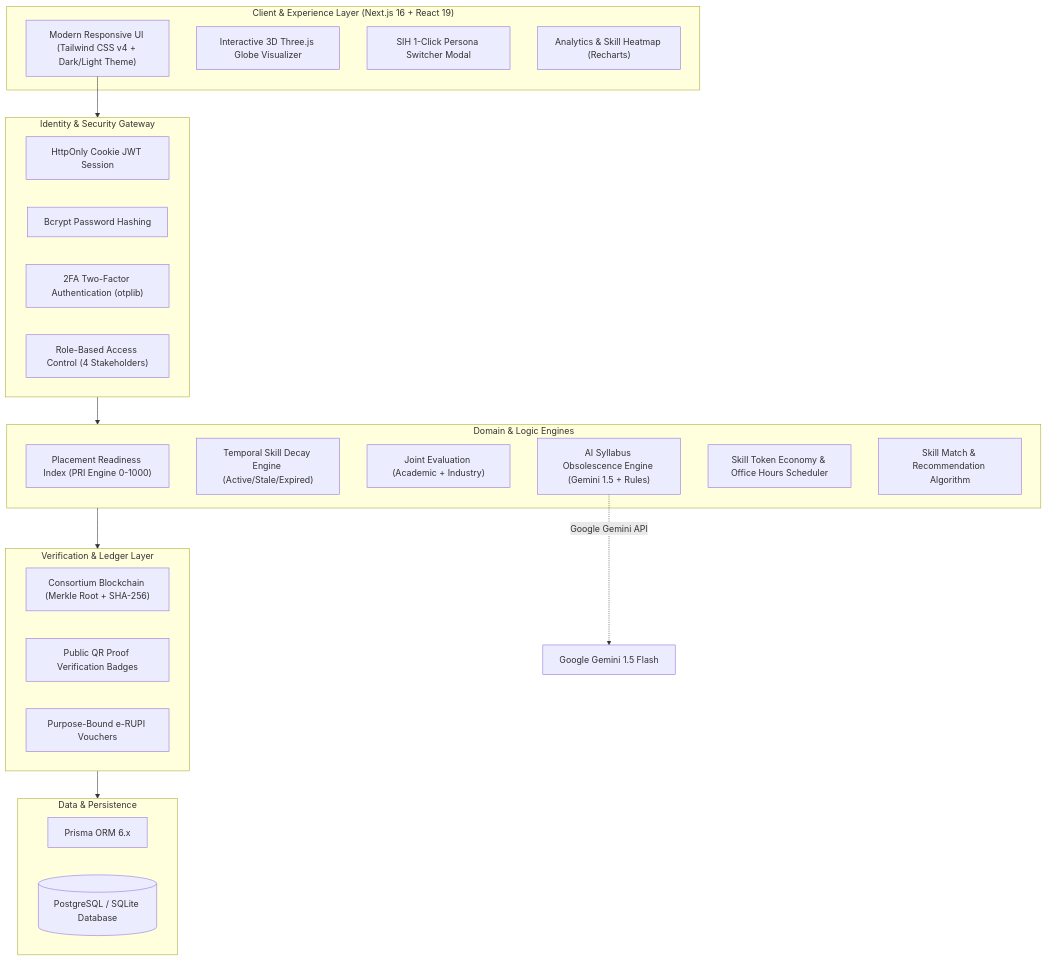
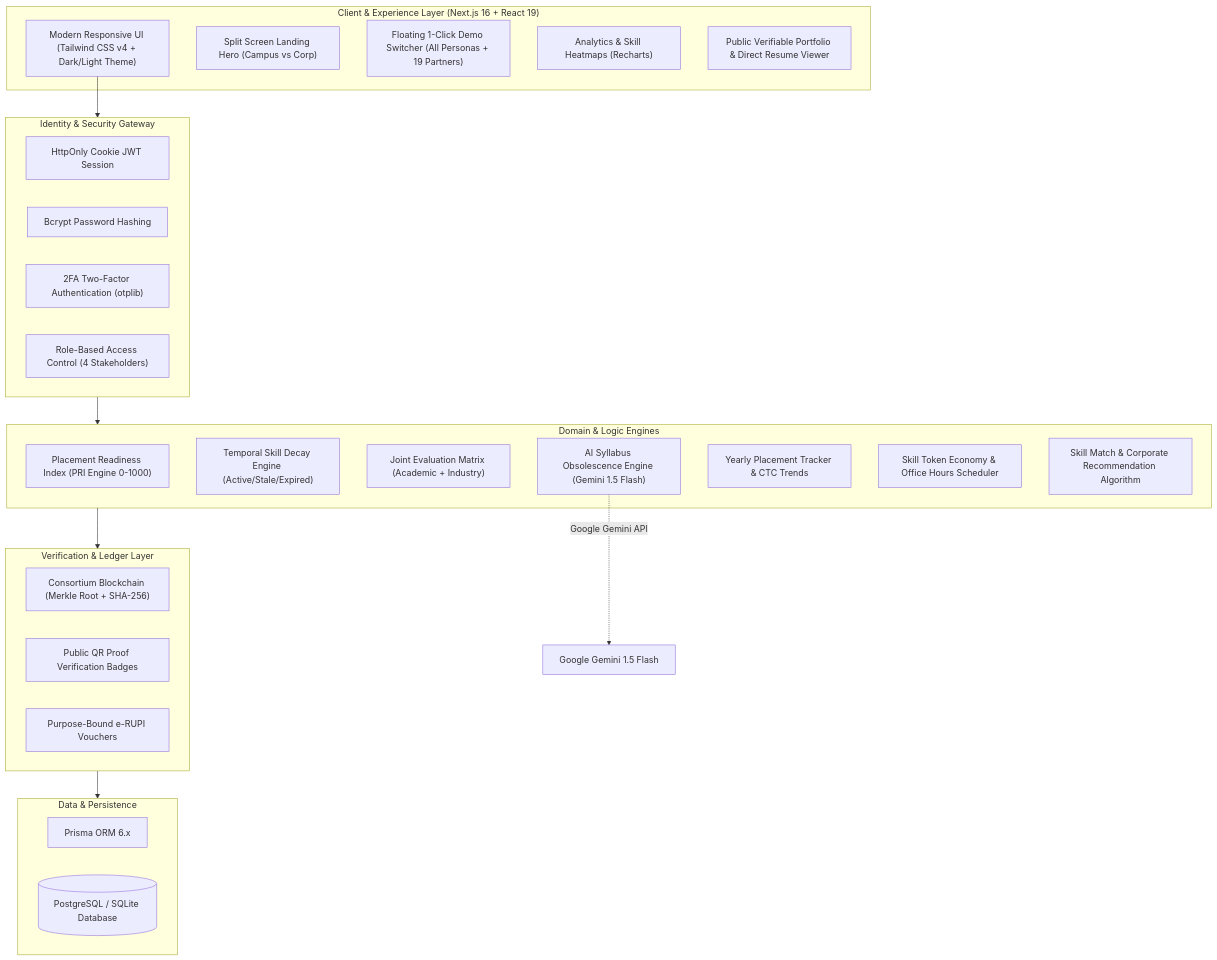
One commit to Phantom-Coders-Team/SkillBridge changed the first of 2 diagrams in README.md. Above: the diagram before and after it, drawn with Mermaid. The commit also changed other lines of this file, not shown here.

Commit message:
docs(readme): modernize README with 19 corporate partners, placement analytics, public portfolios, and updated architecture

````diff
--- a/README.md
+++ b/README.md
@@ -122,42 +144,44 @@
 ```mermaid
 flowchart TB
     subgraph ClientLayer ["Client & Experience Layer (Next.js 16 + React 19)"]
         UI["Modern Responsive UI (Tailwind CSS v4 + Dark/Light Theme)"]
-        ThreeGlobe["Interactive 3D Three.js Globe Visualizer"]
-        Switcher["SIH 1-Click Persona Switcher Modal"]
-        RechartsComp["Analytics & Skill Heatmap (Recharts)"]
+        SplitHero["Split Screen Landing Hero (Campus vs Corp)"]
+        Switcher["Floating 1-Click Demo Switcher (All Personas + 19 Partners)"]
+        RechartsComp["Analytics & Skill Heatmaps (Recharts)"]
+        PublicPortfolio["Public Verifiable Portfolio & Direct Resume Viewer"]
     end
 
     subgraph SecurityLayer ["Identity & Security Gateway"]
         JWT["HttpOnly Cookie JWT Session"]
         Bcrypt["Bcrypt Password Hashing"]
         TOTP["2FA Two-Factor Authentication (otplib)"]
         RBAC["Role-Based Access Control (4 Stakeholders)"]
     end
 
     subgraph CoreEngines ["Domain & Logic Engines"]
         PRI["Placement Readiness Index (PRI Engine 0-1000)"]
         DecayEngine["Temporal Skill Decay Engine (Active/Stale/Expired)"]
-        DualGrading["Joint Evaluation (Academic + Industry)"]
-        AuditEngine["AI Syllabus Obsolescence Engine (Gemini 1.5 + Rules)"]
+        JointGrading["Joint Evaluation Matrix (Academic + Industry)"]
+        AuditEngine["AI Syllabus Obsolescence Engine (Gemini 1.5 Flash)"]
+        PlacementEngine["Yearly Placement Tracker & CTC Trends"]
         TokenLedger["Skill Token Economy & Office Hours Scheduler"]
-        MatchEngine["Skill Match & Recommendation Algorithm"]
+        MatchEngine["Skill Match & Corporate Recommendation Algorithm"]
     end
 
     subgraph VerificationLayer ["Verification & Ledger Layer"]
         Blockchain["Consortium Blockchain (Merkle Root + SHA-256)"]
         QRGen["Public QR Proof Verification Badges"]
         Erupi["Purpose-Bound e-RUPI Vouchers"]
     end
 
     subgraph DataLayer ["Data & Persistence"]
         PrismaORM["Prisma ORM 6.x"]
         PostgresDB[("PostgreSQL / SQLite Database")]
     end
 
     UI --> SecurityLayer
     SecurityLayer --> CoreEngines
     CoreEngines --> VerificationLayer
     VerificationLayer --> DataLayer
     AuditEngine -.->|"Google Gemini API"| ExternalLLM["Google Gemini 1.5 Flash"]
 ```
````
